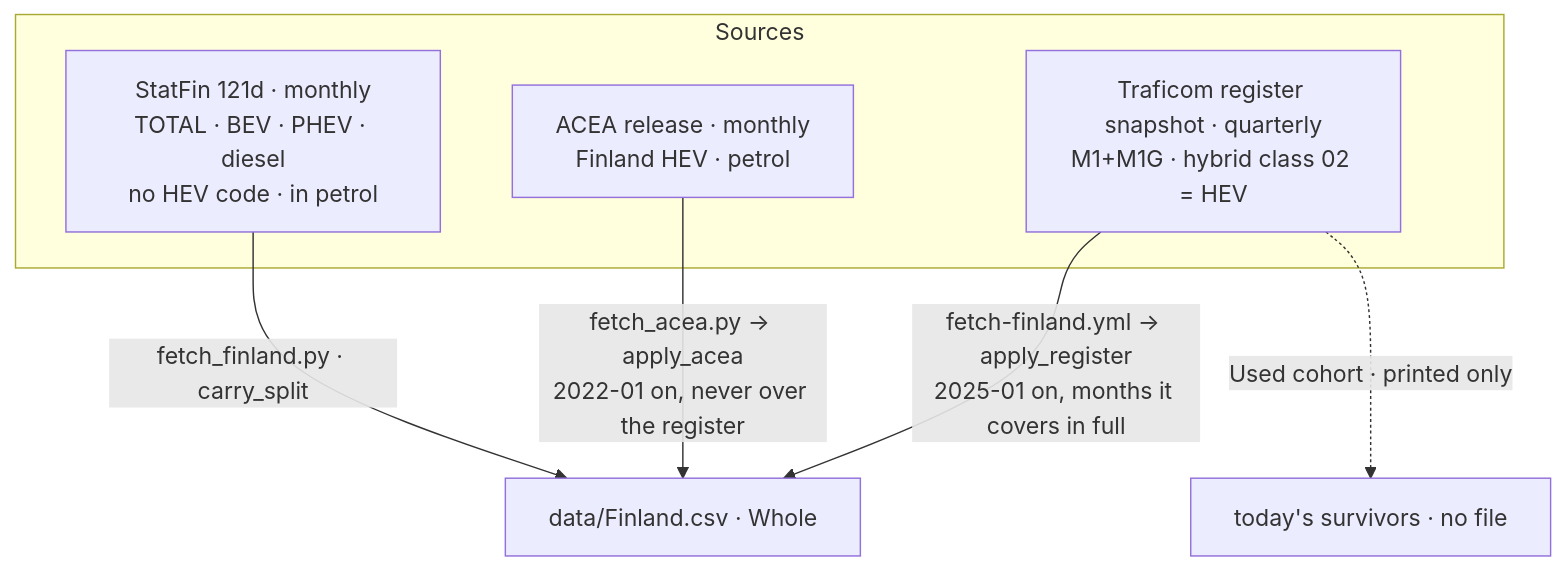
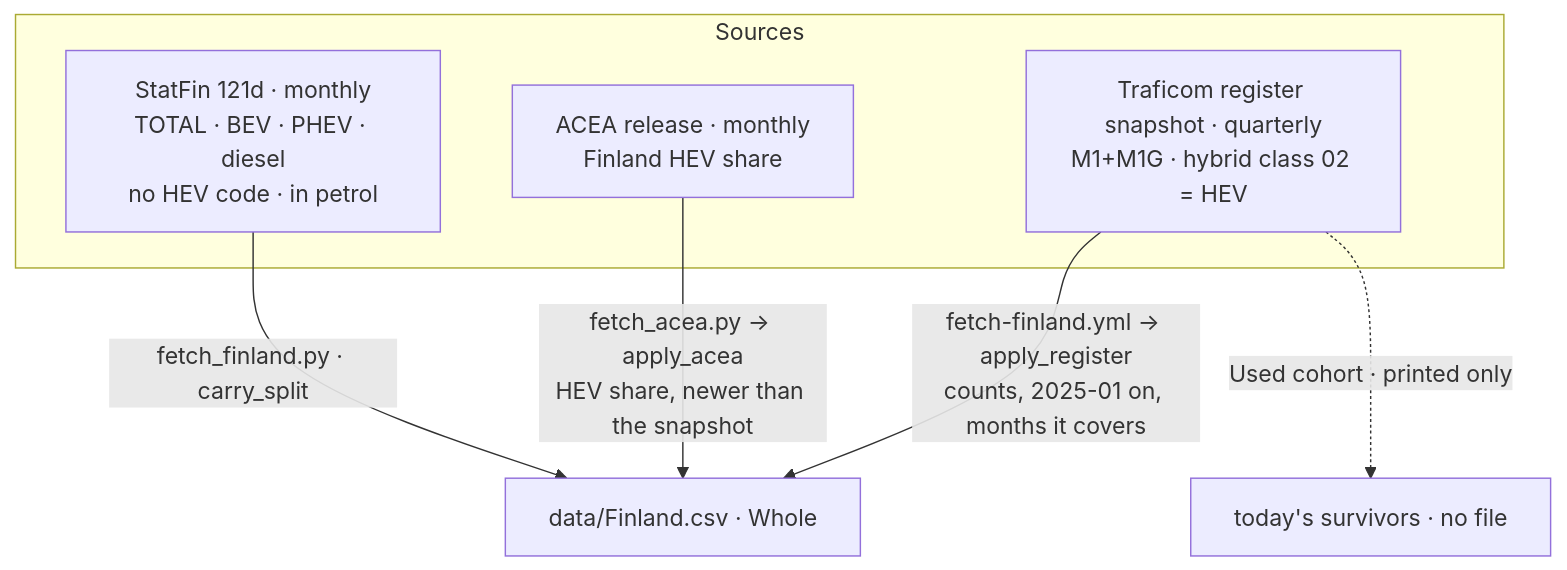
Before and after one commit to LeRaffl/LeRaffl-Gallery: the first of 2 diagrams in docs/architecture/12-source-finland.md, drawn with Mermaid. The commit also changed other lines of this file and 1 other file, not shown here.

First line of the commit message:
docs(fi): HEV from the register from 2025, estimates for the newest months

````diff
--- a/docs/architecture/12-source-finland.md
+++ b/docs/architecture/12-source-finland.md
@@ -282,12 +296,12 @@
 ```mermaid
 flowchart TB
     subgraph SRC["Sources"]
         SF["StatFin 121d · monthly<br/>TOTAL · BEV · PHEV · diesel<br/>no HEV code · in petrol"]
-        AC["ACEA release · monthly<br/>Finland HEV · petrol"]
+        AC["ACEA release · monthly<br/>Finland HEV share"]
         TRA["Traficom register snapshot · quarterly<br/>M1+M1G · hybrid class 02 = HEV"]
     end
     SF -->|"fetch_finland.py · carry_split"| FCSV["data/Finland.csv · Whole"]
-    AC -->|"fetch_acea.py → apply_acea<br/>2022-01 on, never over the register"| FCSV
-    TRA -->|"fetch-finland.yml → apply_register<br/>2025-01 on, months it covers in full"| FCSV
+    AC -->|"fetch_acea.py → apply_acea<br/>HEV share, newer than the snapshot"| FCSV
+    TRA -->|"fetch-finland.yml → apply_register<br/>counts, 2025-01 on, months it covers"| FCSV
     TRA -.->|"Used cohort · printed only"| PR["today's survivors · no file"]
 ```
````
